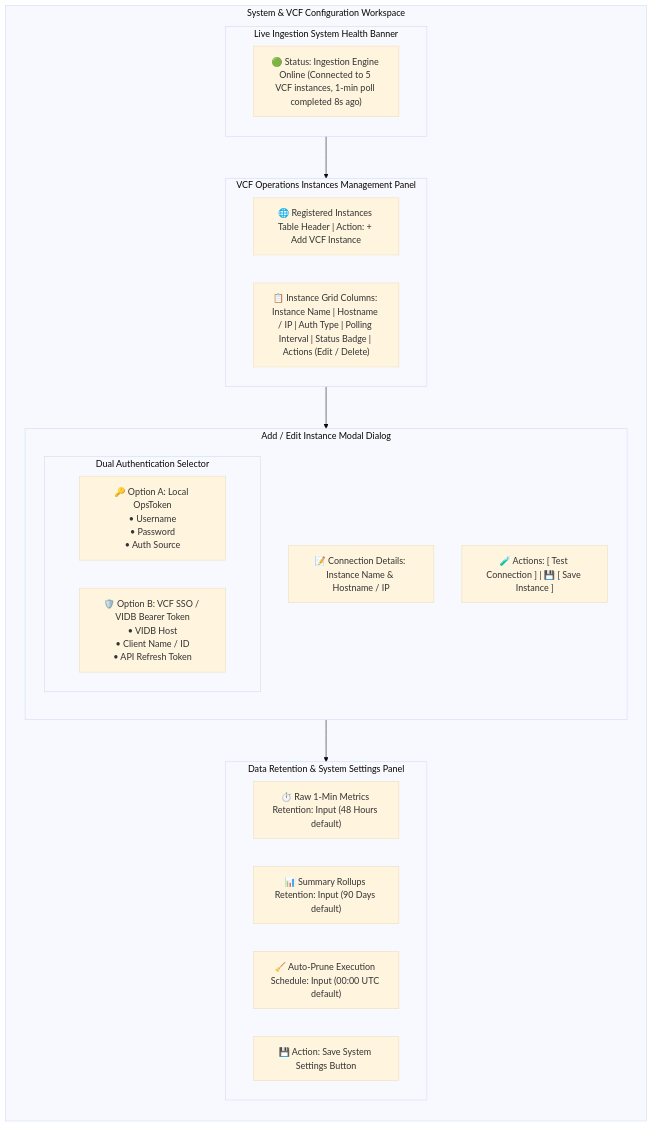
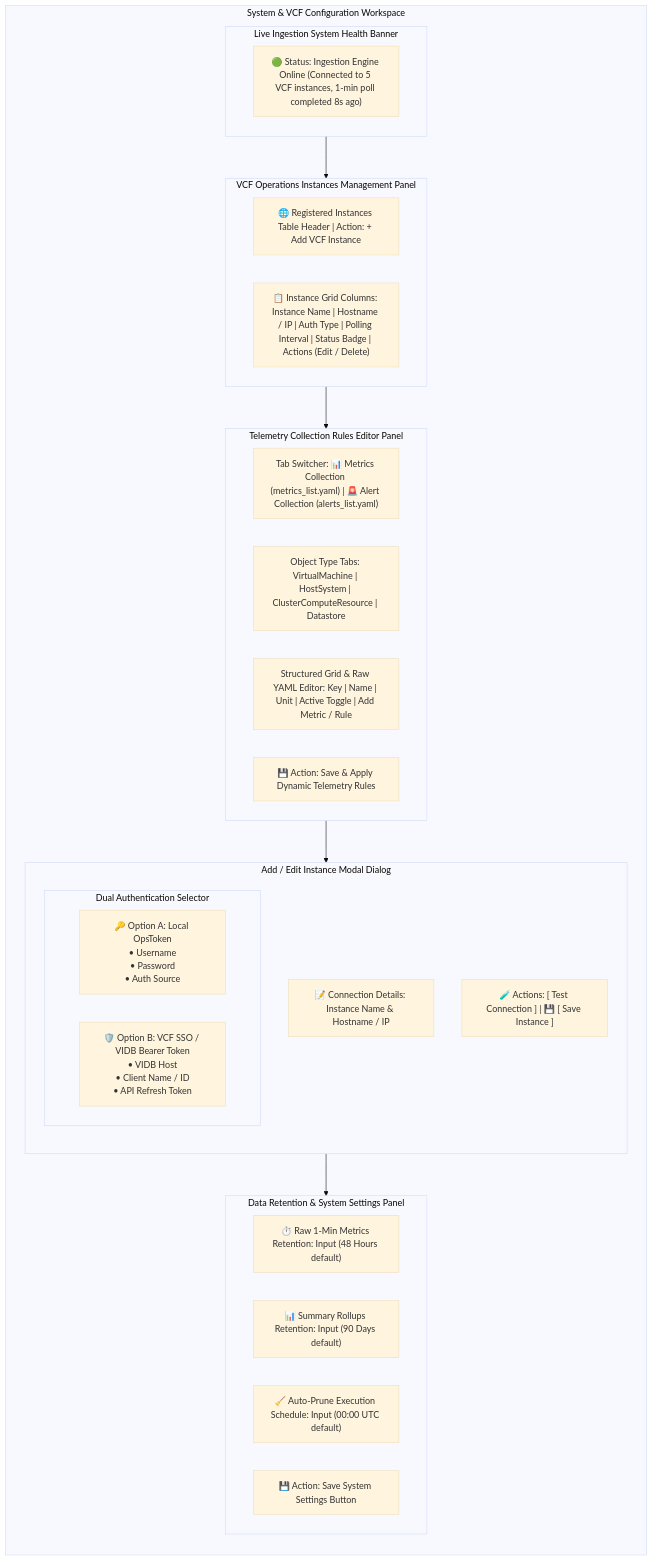
One commit to e1-rahabok/Federated-VCF-Operations changed the diagram in Documentation/Web_Pages/07_System_Configuration_Page.md. Above: the diagram before and after it, drawn with Mermaid (base theme). The commit also changed other lines of this file and 5 other files, not shown here.

Commit message:
feat & docs: implement UI telemetry collection rules editor and REST API hot-reload

````diff
--- a/Documentation/Web_Pages/07_System_Configuration_Page.md
+++ b/Documentation/Web_Pages/07_System_Configuration_Page.md
@@ -11,39 +11,47 @@
 ```mermaid
 graph TD
     subgraph Settings_Workspace ["System & VCF Configuration Workspace"]
         direction TB
 
         subgraph Ingestion_Banner ["Live Ingestion System Health Banner"]
             B1["🟢 Status: Ingestion Engine Online (Connected to 5 VCF instances, 1-min poll completed 8s ago)"]
         end
 
         subgraph Instance_Section ["VCF Operations Instances Management Panel"]
             I_Header["🌐 Registered Instances Table Header | Action: + Add VCF Instance"]
             I_Table["📋 Instance Grid Columns: Instance Name | Hostname / IP | Auth Type | Polling Interval | Status Badge | Actions (Edit / Delete)"]
+        end
+
+        subgraph Telemetry_Section ["Telemetry Collection Rules Editor Panel"]
+            T_Tabs["Tab Switcher: 📊 Metrics Collection (metrics_list.yaml) | 🚨 Alert Collection (alerts_list.yaml)"]
+            T_Kind["Object Type Tabs: VirtualMachine | HostSystem | ClusterComputeResource | Datastore"]
+            T_Editor["Structured Grid & Raw YAML Editor: Key | Name | Unit | Active Toggle | Add Metric / Rule"]
+            T_Action["💾 Action: Save & Apply Dynamic Telemetry Rules"]
         end
 
         subgraph Auth_Modal ["Add / Edit Instance Modal Dialog"]
             direction TB
             M_Inputs["📝 Connection Details: Instance Name & Hostname / IP"]
             
             subgraph Auth_Options ["Dual Authentication Selector"]
                 direction LR
                 Opt_A["🔑 Option A: Local OpsToken<br/>• Username<br/>• Password<br/>• Auth Source"]
                 Opt_B["🛡️ Option B: VCF SSO / VIDB Bearer Token<br/>• VIDB Host<br/>• Client Name / ID<br/>• API Refresh Token"]
             end
 
             M_Actions["🧪 Actions: [ Test Connection ] | 💾 [ Save Instance ]"]
         end
 
         subgraph Retention_Section ["Data Retention & System Settings Panel"]
             R1["⏱️ Raw 1-Min Metrics Retention: Input (48 Hours default)"]
             R2["📊 Summary Rollups Retention: Input (90 Days default)"]
             R3["🧹 Auto-Prune Execution Schedule: Input (00:00 UTC default)"]
             R4["💾 Action: Save System Settings Button"]
         end
     end
 
     Ingestion_Banner --> Instance_Section
-    Instance_Section --> Auth_Modal
+    Instance_Section --> Telemetry_Section
+    Telemetry_Section --> Auth_Modal
     Auth_Modal --> Retention_Section
 ```
````
